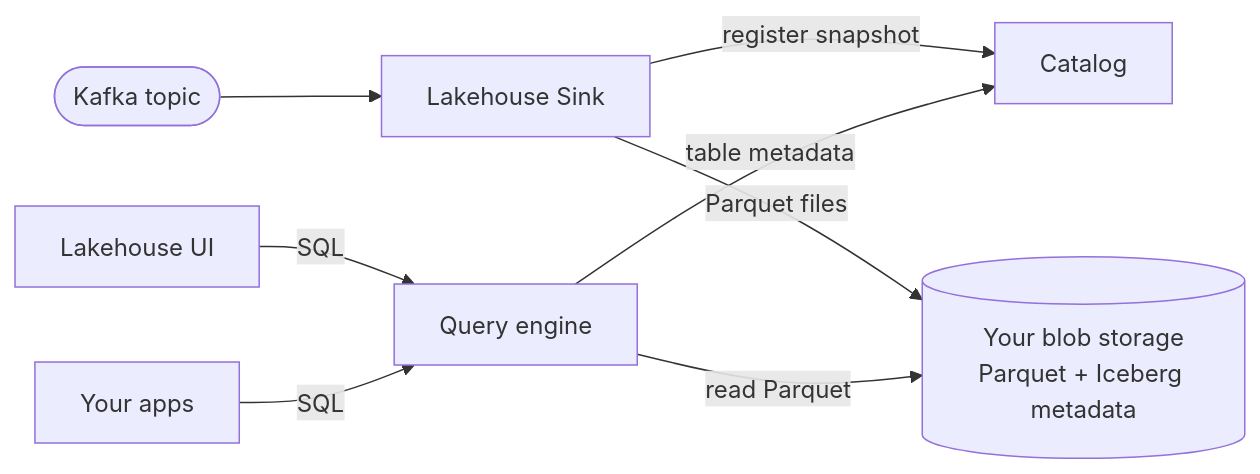
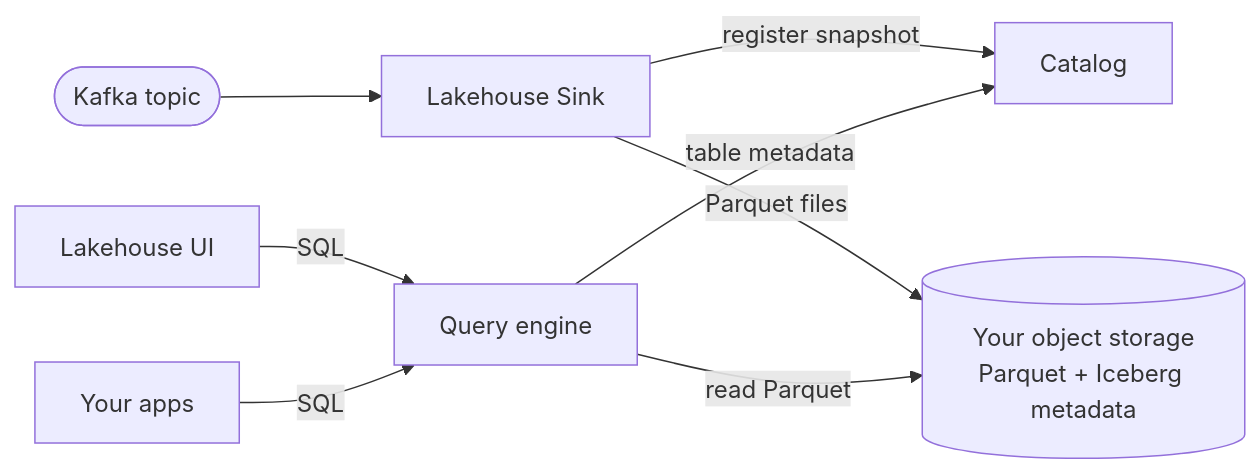
One commit to quixio/quix-docs changed the diagram in docs/quix-cloud/quix-lake/lakehouse/overview.md. Above: the diagram before and after it, drawn with Mermaid. The commit also changed other lines of this file and 36 other files, not shown here.

````diff
--- a/docs/quix-cloud/quix-lake/lakehouse/overview.md
+++ b/docs/quix-cloud/quix-lake/lakehouse/overview.md
@@ -36,18 +36,18 @@
 ```mermaid
 flowchart LR
     kafka([Kafka topic])
     sink[Lakehouse Sink]
-    bucket[("Your blob storage<br/>Parquet + Iceberg metadata")]
+    bucket[("Your object storage<br/>Parquet + Iceberg metadata")]
     query[Query engine]
     catalog[Catalog]
     ui[Lakehouse UI]
     apps[Your apps]
 
     kafka --> sink
     sink -- "register snapshot" --> catalog
     sink -- "Parquet files" --> bucket
     query -- "table metadata" --> catalog
     query -- "read Parquet" --> bucket
     ui -- "SQL" --> query
     apps -- "SQL" --> query
 ```
````
